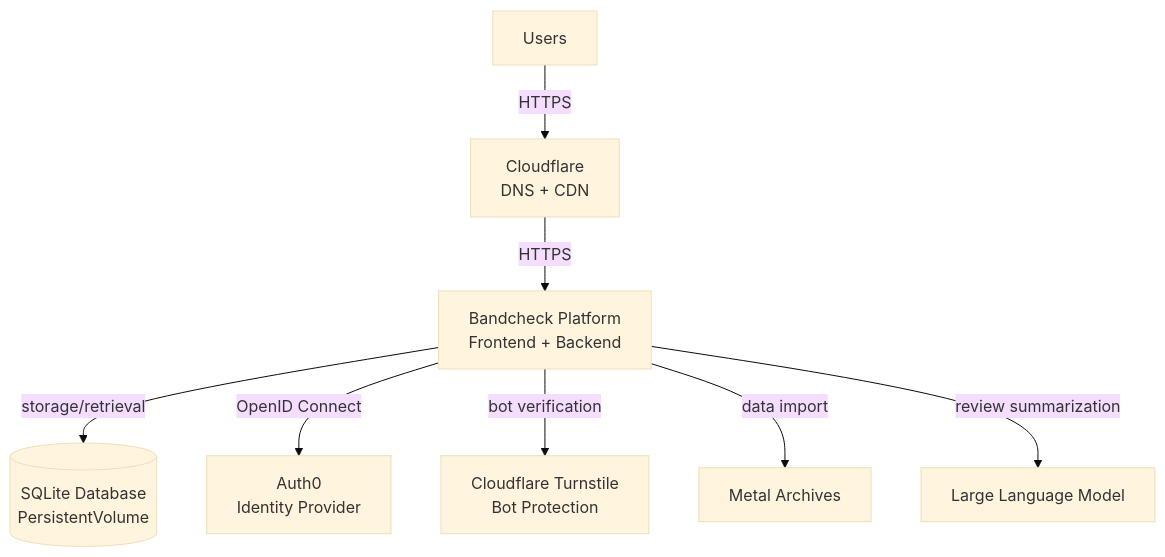
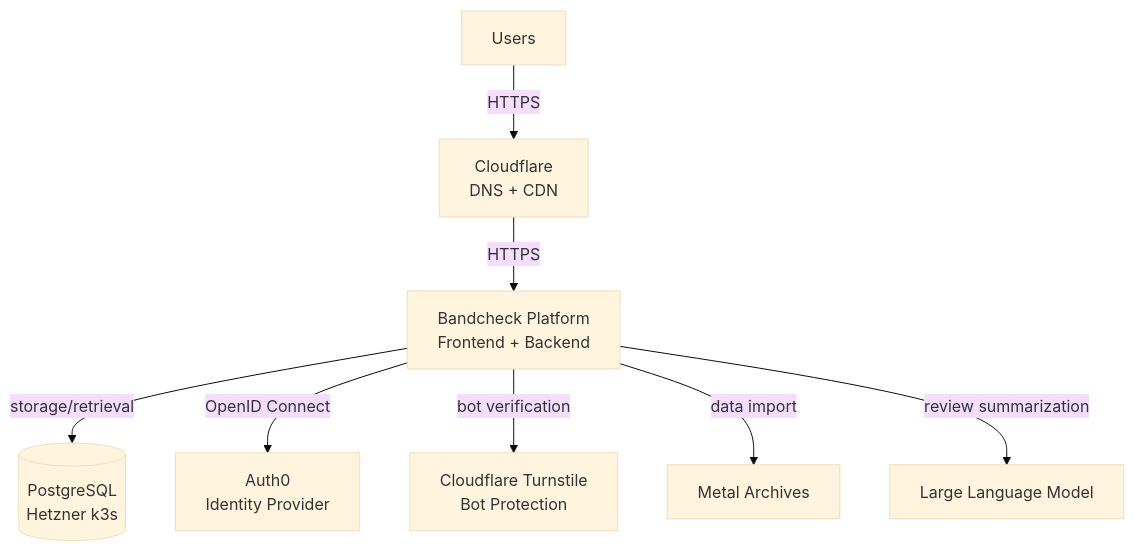
One commit to m-gora/bandcheck changed the second of 2 diagrams in architecture/context.adoc. Above: the diagram before and after it, drawn with Mermaid (base theme). The commit also changed other lines of this file and 39 other files, not shown here.

Commit message:
feat: migrate Bandcheck to PostgreSQL and Gateway API

```diff
--- a/architecture/context.adoc
+++ b/architecture/context.adoc
@@ -37,11 +37,11 @@
 [mermaid]
 ....
 graph TB
     U[Users] -- HTTPS --> CF[Cloudflare<br/>DNS + CDN]
     CF -- HTTPS --> BC[Bandcheck Platform<br/>Frontend + Backend]
-    BC -- storage/retrieval --> DB[(SQLite Database<br/>PersistentVolume)]
+    BC -- storage/retrieval --> DB[(PostgreSQL<br/>Hetzner k3s)]
     BC -- OpenID Connect --> Auth0[Auth0<br/>Identity Provider]
     BC -- bot verification --> Turnstile[Cloudflare Turnstile<br/>Bot Protection]
     BC -- data import --> MA[Metal Archives]
     BC -- review summarization --> LLM[Large Language Model]
 ....
```
